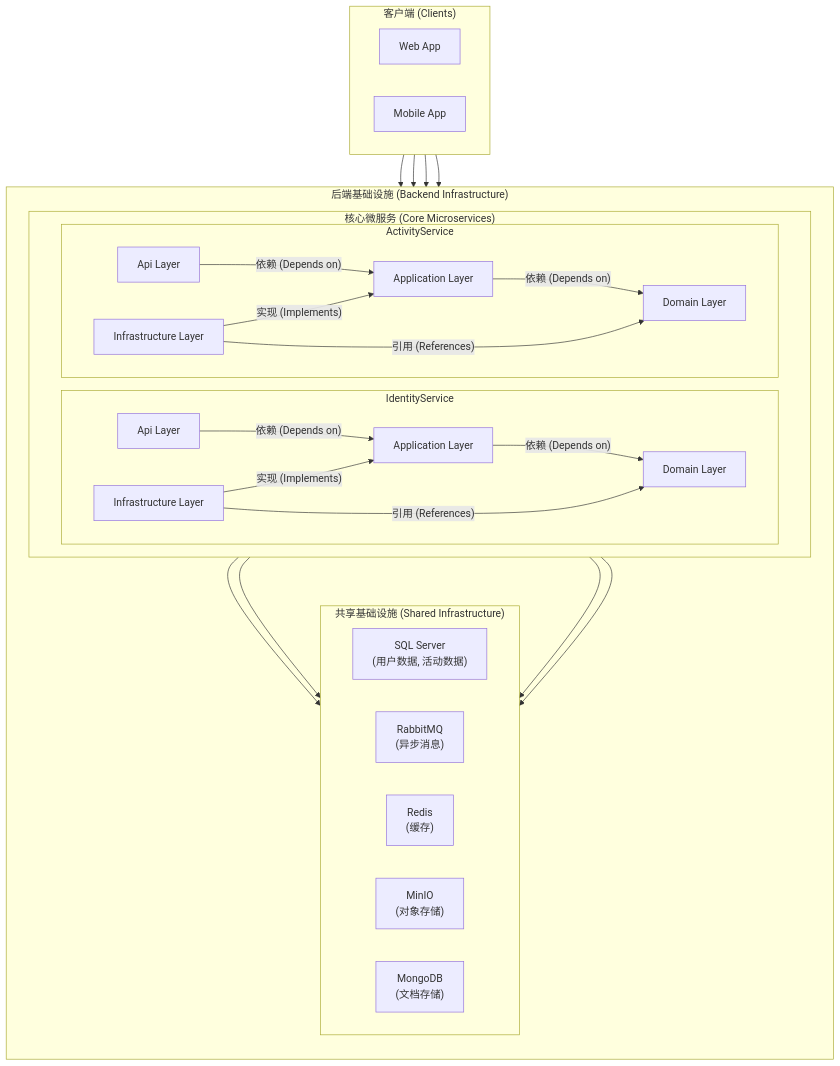
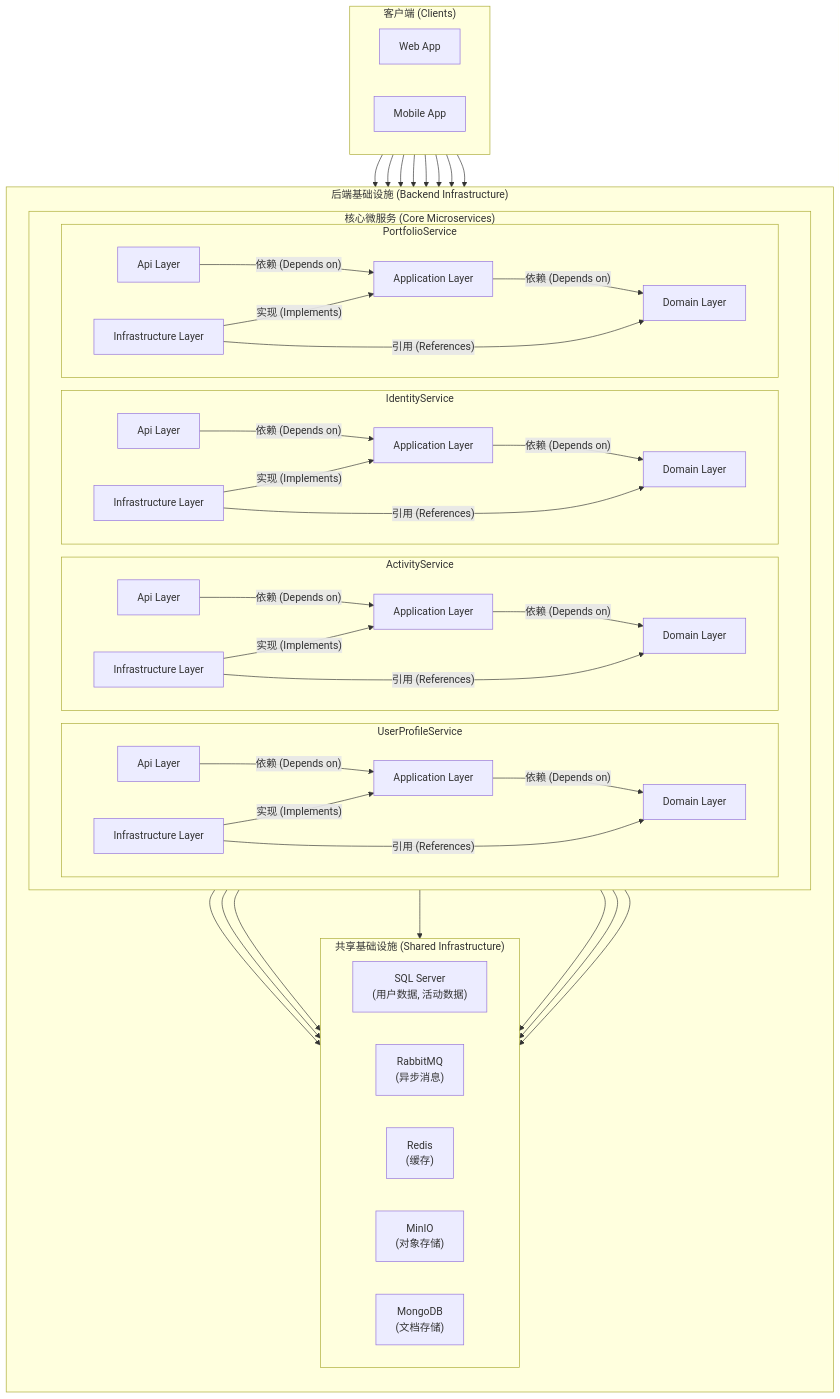
Before and after one commit to MadDogFG/AperturePlus: the diagram in README.md, drawn with Mermaid. The commit also changed other lines of this file, not shown here.

````diff
--- a/README.md
+++ b/README.md
@@ -40,6 +42,20 @@
                 Domain2["Domain Layer"]
                 Infra2["Infrastructure Layer"]
             end
+
+            subgraph "UserProfileService"
+                Api3["Api Layer"]
+                App3["Application Layer"]
+                Domain3["Domain Layer"]
+                Infra3["Infrastructure Layer"]
+            end
+
+            subgraph "PortfolioService"
+                Api4["Api Layer"]
+                App4["Application Layer"]
+                Domain4["Domain Layer"]
+                Infra4["Infrastructure Layer"]
+            end
         end
 
         subgraph "共享基础设施 (Shared Infrastructure)"
@@ -61,16 +77,33 @@
         App2 -- "依赖 (Depends on)" --> Domain2
         Infra2 -- "实现 (Implements)" --> App2
         Infra2 -- "引用 (References)" --> Domain2
+
+        Api3 -- "依赖 (Depends on)" --> App3
+        App3 -- "依赖 (Depends on)" --> Domain3
+        Infra3 -- "实现 (Implements)" --> App3
+        Infra3 -- "引用 (References)" --> Domain3
+
+        Api4 -- "依赖 (Depends on)" --> App4
+        App4 -- "依赖 (Depends on)" --> Domain4
+        Infra4 -- "实现 (Implements)" --> App4
+        Infra4 -- "引用 (References)" --> Domain4
         
         Infra1 --> SQLServer
         Infra2 --> SQLServer
+        Infra3 --> SQLServer
+        Infra4 --> SQLServer
         
         Api1 --> RabbitMQ
         Api2 --> RabbitMQ
+        Infra4 --> MinIO
     end
 
     WebApp --> Api1
     WebApp --> Api2
+    WebApp --> Api3
+    WebApp --> Api4
     MobileApp --> Api1
     MobileApp --> Api2
+    MobileApp --> Api3
+    MobileApp --> Api4
 ```
````
